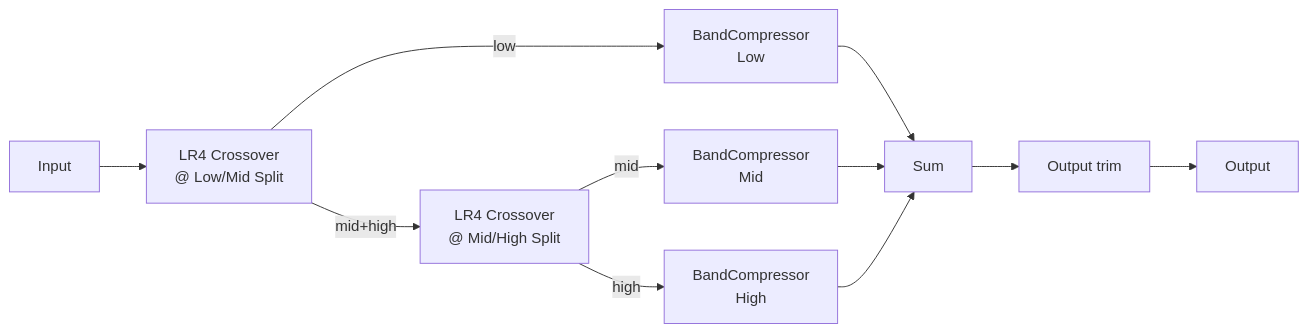
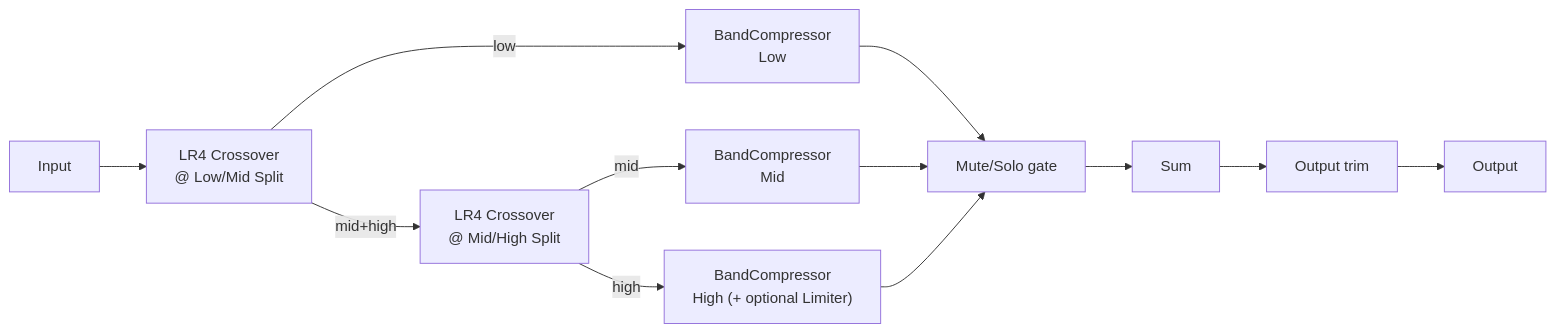
Before and after one commit to basilica-audio/Triptych: the diagram in docs/architecture.md, drawn with Mermaid. The commit also changed other lines of this file and 18 other files, not shown here.

First line of the commit message:
M1: per-band Mute/Solo, High-band limiter, broadened test coverage, v0.1.0 docs (#8)

````diff
--- a/docs/architecture.md
+++ b/docs/architecture.md
@@ -5,13 +5,14 @@
 ```mermaid
 flowchart LR
     IN[Input] --> XO1[LR4 Crossover<br/>@ Low/Mid Split]
     XO1 -->|low| CL[BandCompressor<br/>Low]
     XO1 -->|mid+high| XO2[LR4 Crossover<br/>@ Mid/High Split]
     XO2 -->|mid| CM[BandCompressor<br/>Mid]
-    XO2 -->|high| CH[BandCompressor<br/>High]
-    CL --> SUM[Sum]
-    CM --> SUM
-    CH --> SUM
+    XO2 -->|high| CH["BandCompressor<br/>High (+ optional Limiter)"]
+    CL --> MS[Mute/Solo gate]
+    CM --> MS
+    CH --> MS
+    MS --> SUM[Sum]
     SUM --> OUT_GAIN[Output trim]
     OUT_GAIN --> OUT[Output]
 ```
````
